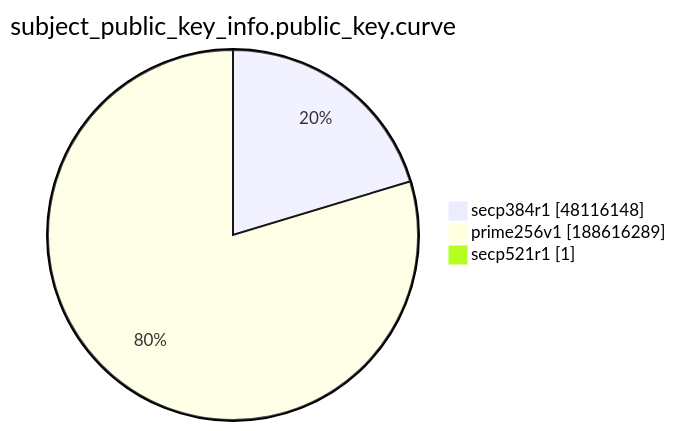
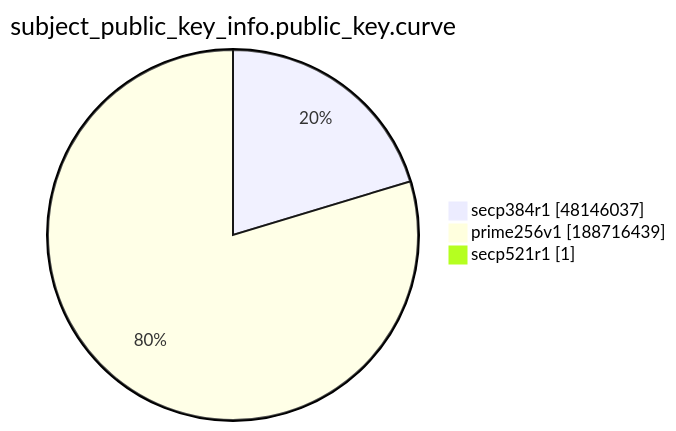
The ninth of 15 diagrams in xenon2022/README.md (christiankrug/ctmonitor_visualization), drawn with Mermaid before and after one commit. The commit also changed other lines of this file, not shown here.

````diff
--- a/xenon2022/README.md
+++ b/xenon2022/README.md
@@ -2874,7 +2874,7 @@
 ```mermaid
 pie showData
 title subject_public_key_info.public_key.curve
-"secp384r1" :48116148
-"prime256v1" :188616289
+"secp384r1" :48146037
+"prime256v1" :188716439
 "secp521r1" :1
 ```
````
